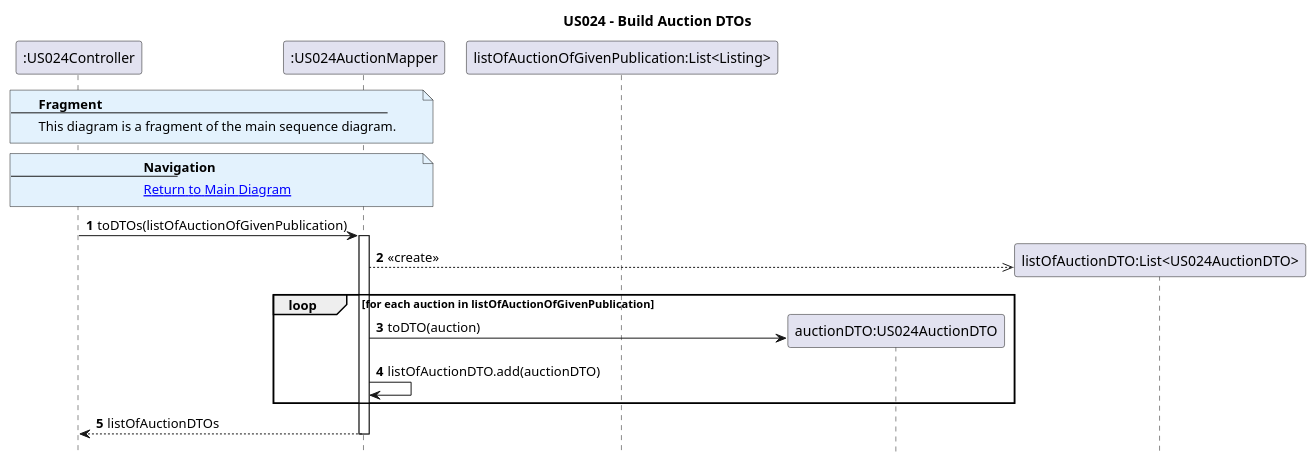
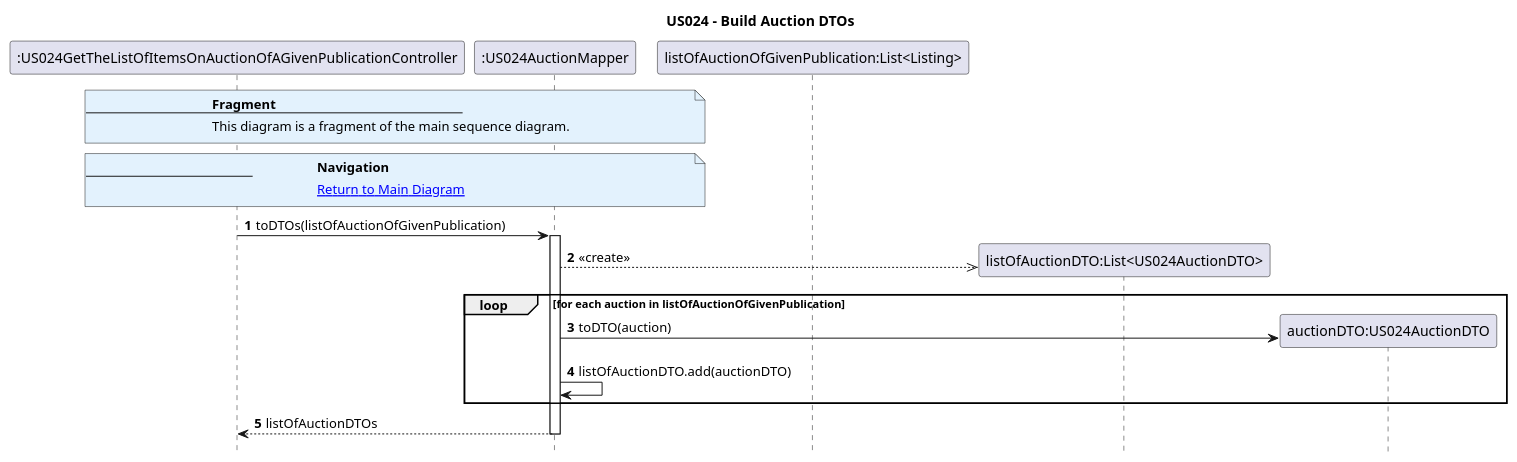
Before and after one commit to AndrePereiraGitH/SWitCH-Project-Team_A: the diagram in Diagrams/SequenceDiagrams/N2/US024_Get_List_Of_Items_Auction_Of_Given_Publication/4. BuildAuctionDTOs.puml, drawn with PlantUML. The commit also changed 5 other files, not shown here.

Commit message:
docs #487 (US024): fixes Listing domain method names and add missing verifyIfListingContainsPubId and split main SD into N2 sub-diagrams

```diff
--- a/Diagrams/SequenceDiagrams/N2/US024_Get_List_Of_Items_Auction_Of_Given_Publication/4. BuildAuctionDTOs.puml
+++ b/Diagrams/SequenceDiagrams/N2/US024_Get_List_Of_Items_Auction_Of_Given_Publication/4. BuildAuctionDTOs.puml
@@ -1,40 +1,41 @@
 @startuml
 hide footbox
 autonumber
 
 title US024 - Build Auction DTOs
 
-participant ":US024Controller" as Ctrl
+participant ":US024GetTheListOfItemsOnAuctionOfAGivenPublicationController" as Ctrl
 participant ":US024AuctionMapper" as mapper
 participant "listOfAuctionOfGivenPublication:List<Listing>" as aucListing
 participant "auctionDTO:US024AuctionDTO" as auctionDTO
 participant "listOfAuctionDTO:List<US024AuctionDTO>" as listOfAuctionDTO
+participant "auctionDTO:US024AuctionDTO" as auctionDTO
 
 note over Ctrl, mapper #E3F2FD
 <b>Fragment</b>
 ---
 This diagram is a fragment of the main sequence diagram.
 end note
 
 note over Ctrl, mapper #E3F2FD
 <b>Navigation</b>
 ---
 [[1.MainDiagram.puml Return to Main Diagram]]
 end note
 
 
 
 Ctrl -> mapper : toDTOs(listOfAuctionOfGivenPublication)
 activate mapper
 
 mapper -->> listOfAuctionDTO ** : <<create>>
 
 loop for each auction in listOfAuctionOfGivenPublication
     mapper -> auctionDTO ** : toDTO(auction)
     mapper -> mapper : listOfAuctionDTO.add(auctionDTO)
 end
 
 mapper --> Ctrl : listOfAuctionDTOs
 deactivate mapper
 
 @enduml
```
